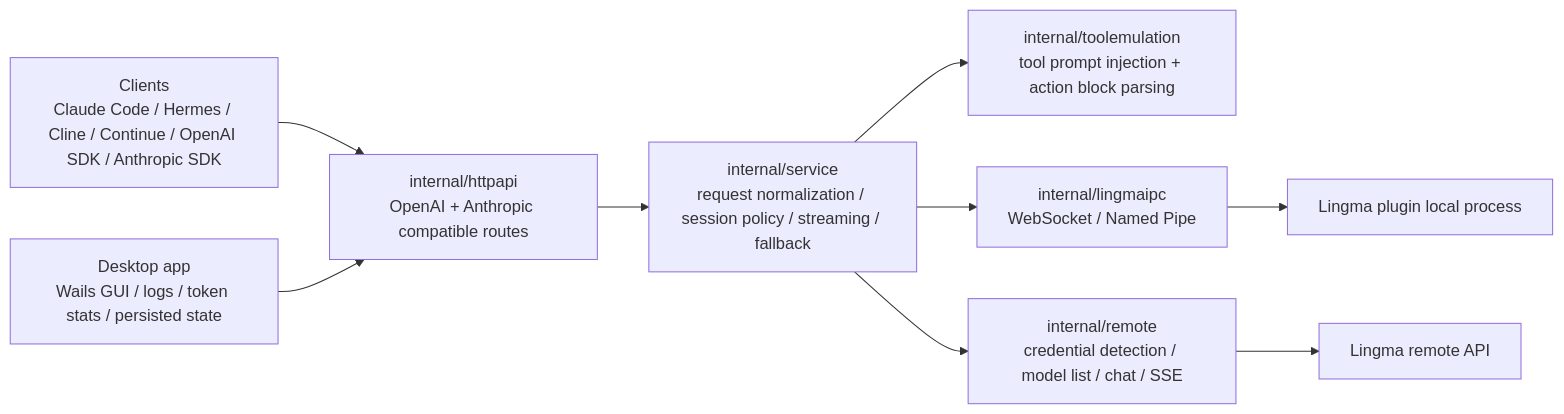
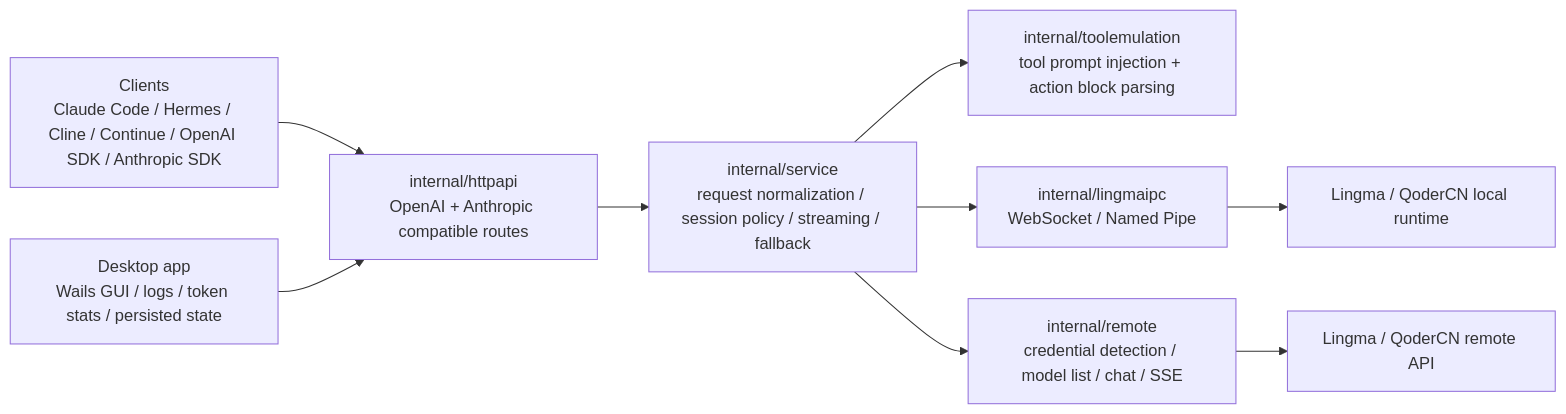
The first of 4 diagrams in docs/architecture.md (Lutiancheng1/lingma-proxy), drawn with Mermaid before and after one commit. The commit also changed other lines of this file and 30 other files, not shown here.

````diff
--- a/docs/architecture.md
+++ b/docs/architecture.md
@@ -12,21 +12,21 @@
 ```mermaid
 flowchart LR
     A["Clients<br/>Claude Code / Hermes / Cline / Continue / OpenAI SDK / Anthropic SDK"]
     B["internal/httpapi<br/>OpenAI + Anthropic compatible routes"]
     C["internal/service<br/>request normalization / session policy / streaming / fallback"]
     D["internal/toolemulation<br/>tool prompt injection + action block parsing"]
     E["internal/lingmaipc<br/>WebSocket / Named Pipe"]
     F["internal/remote<br/>credential detection / model list / chat / SSE"]
-    G["Lingma plugin local process"]
-    H["Lingma remote API"]
+    G["Lingma / QoderCN local runtime"]
+    H["Lingma / QoderCN remote API"]
     I["Desktop app<br/>Wails GUI / logs / token stats / persisted state"]
 
     A --> B
     I --> B
     B --> C
     C --> D
     C --> E
     C --> F
     E --> G
     F --> H
 ```
````
